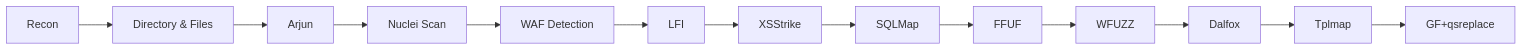
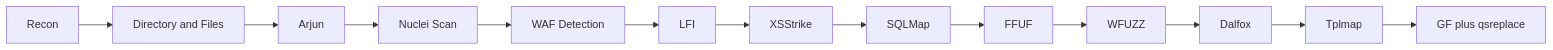
One commit to pereznacho/Bounty_Hunter changed the fourth of 5 diagrams in README.md. Above: the diagram before and after it, drawn with Mermaid. The commit also changed other lines of this file, not shown here.

````diff
--- a/README.md
+++ b/README.md
@@ -149,4 +144,15 @@
 ```mermaid
-flowchart LR
-    M1[Recon] --> M2[Directory & Files] --> M3[Arjun] --> M4[Nuclei Scan] --> M5[WAF Detection] --> M6[LFI] --> M7[XSStrike] --> M8[SQLMap] --> M9[FFUF] --> M10[WFUZZ] --> M11[Dalfox] --> M12[Tplmap] --> M13[GF+qsreplace]
+graph LR;
+    M1[Recon] --> M2[Directory and Files];
+    M2 --> M3[Arjun];
+    M3 --> M4[Nuclei Scan];
+    M4 --> M5[WAF Detection];
+    M5 --> M6[LFI];
+    M6 --> M7[XSStrike];
+    M7 --> M8[SQLMap];
+    M8 --> M9[FFUF];
+    M9 --> M10[WFUZZ];
+    M10 --> M11[Dalfox];
+    M11 --> M12[Tplmap];
+    M12 --> M13[GF plus qsreplace];
 ```
````
